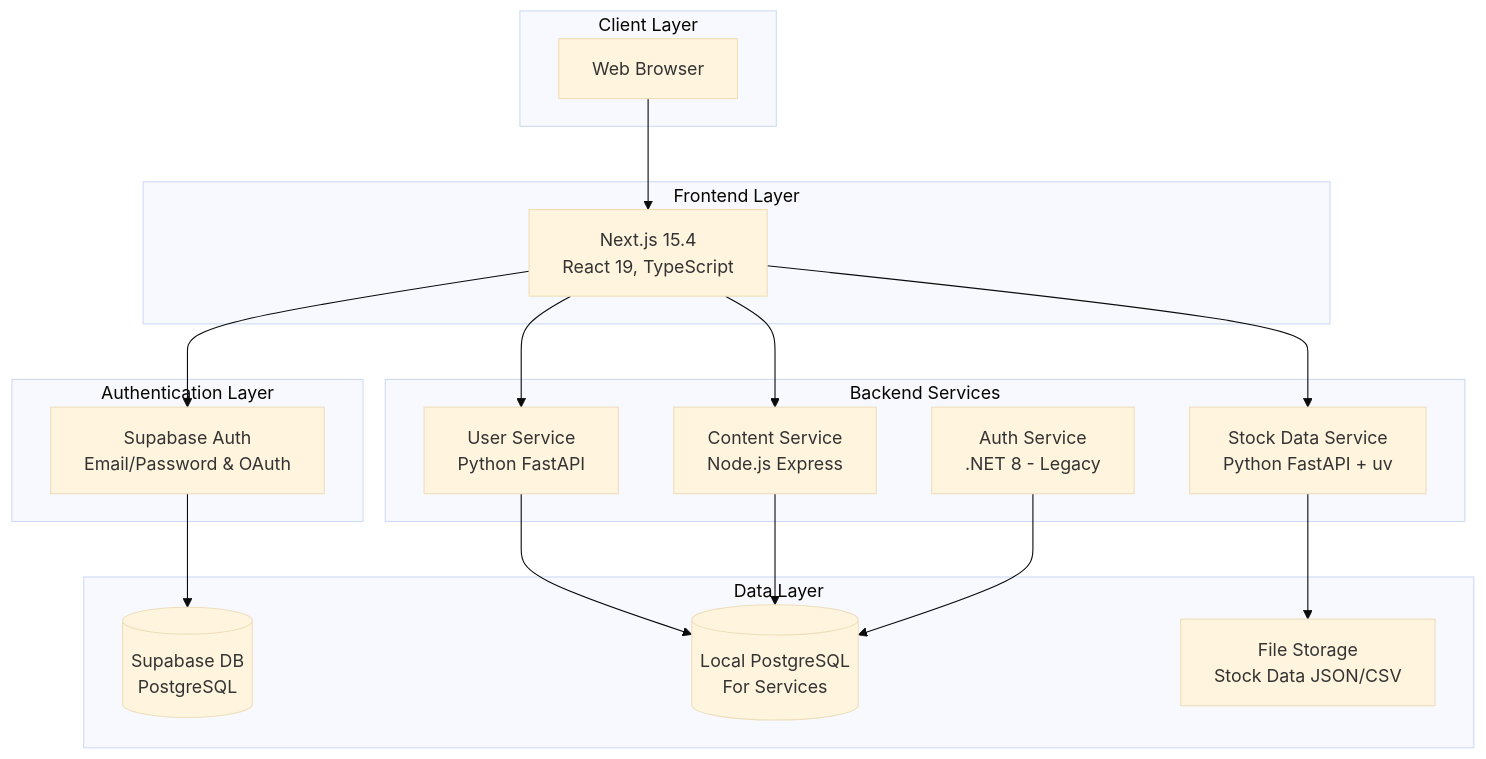
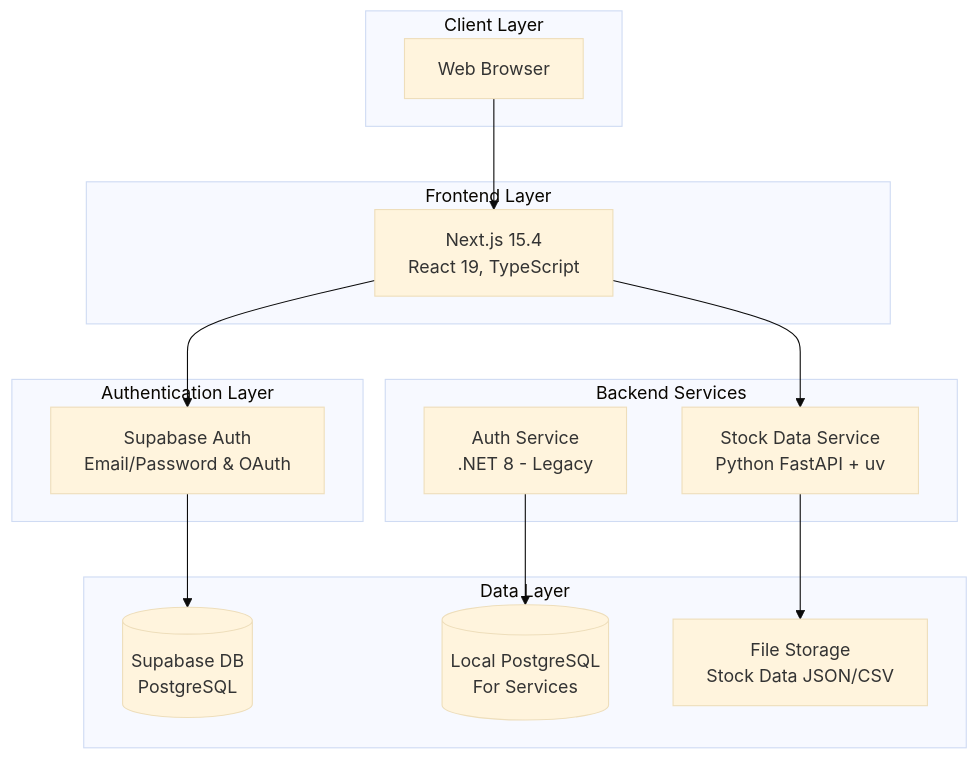
One commit to stevenjiangnz/jnet-site changed the diagram in ARCHITECTURE.md. Above: the diagram before and after it, drawn with Mermaid (base theme). The commit also changed other lines of this file and 27 other files, not shown here.

First line of the commit message:
chore: remove user-service and content-service from codebase

````diff
--- a/ARCHITECTURE.md
+++ b/ARCHITECTURE.md
@@ -9,39 +9,33 @@
 ```mermaid
 graph TB
     subgraph "Client Layer"
         Browser[Web Browser]
     end
     
     subgraph "Frontend Layer"
         NextJS[Next.js 15.4<br/>React 19, TypeScript]
     end
     
     subgraph "Authentication Layer"
         Supabase[Supabase Auth<br/>Email/Password & OAuth]
     end
     
     subgraph "Backend Services"
         AuthService[Auth Service<br/>.NET 8 - Legacy]
-        UserService[User Service<br/>Python FastAPI]
-        ContentService[Content Service<br/>Node.js Express]
         StockService[Stock Data Service<br/>Python FastAPI + uv]
     end
     
     subgraph "Data Layer"
         SupabaseDB[(Supabase DB<br/>PostgreSQL)]
         LocalDB[(Local PostgreSQL<br/>For Services)]
         FileStorage[File Storage<br/>Stock Data JSON/CSV]
     end
     
     Browser --> NextJS
     NextJS --> Supabase
-    NextJS --> UserService
-    NextJS --> ContentService
     NextJS --> StockService
     
     Supabase --> SupabaseDB
-    UserService --> LocalDB
-    ContentService --> LocalDB
     StockService --> FileStorage
     AuthService --> LocalDB
 ```
````
